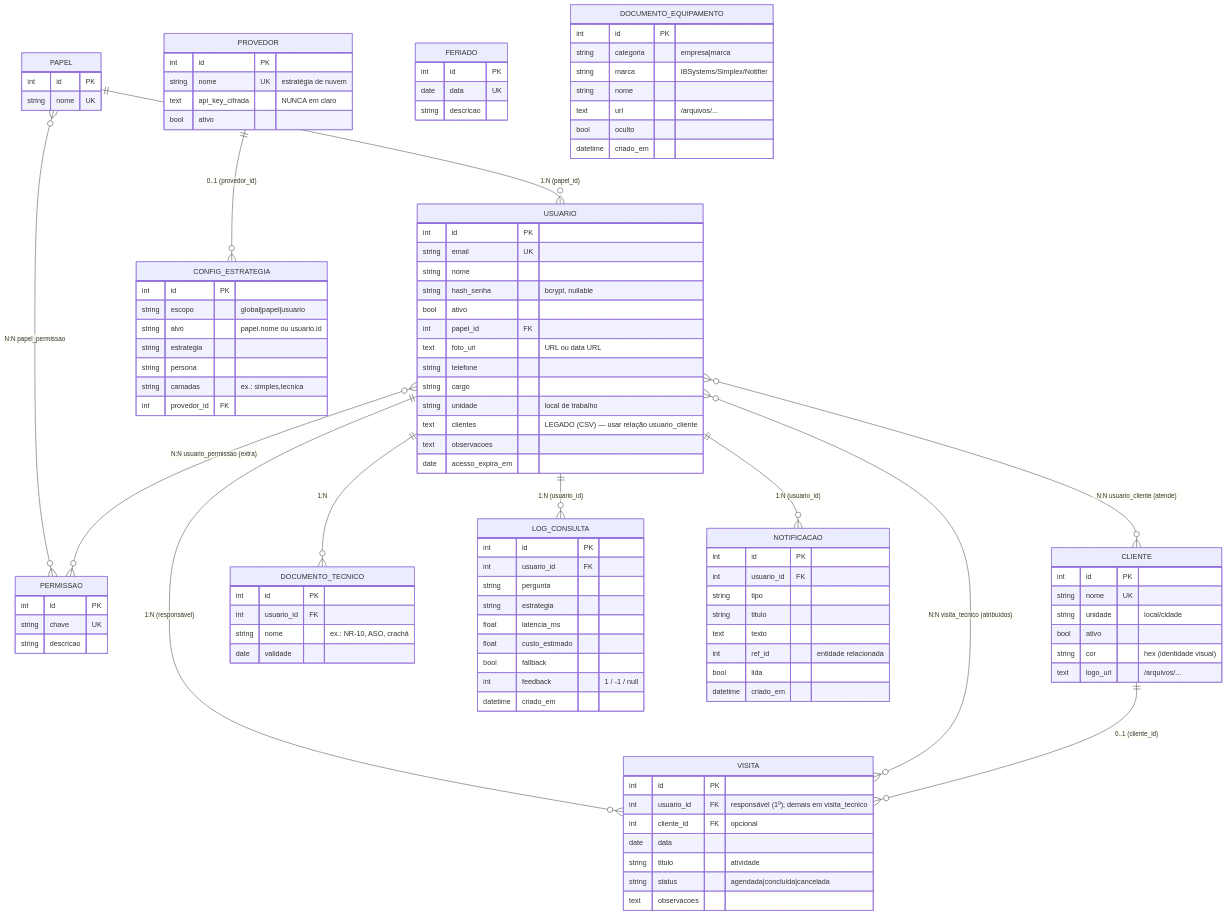
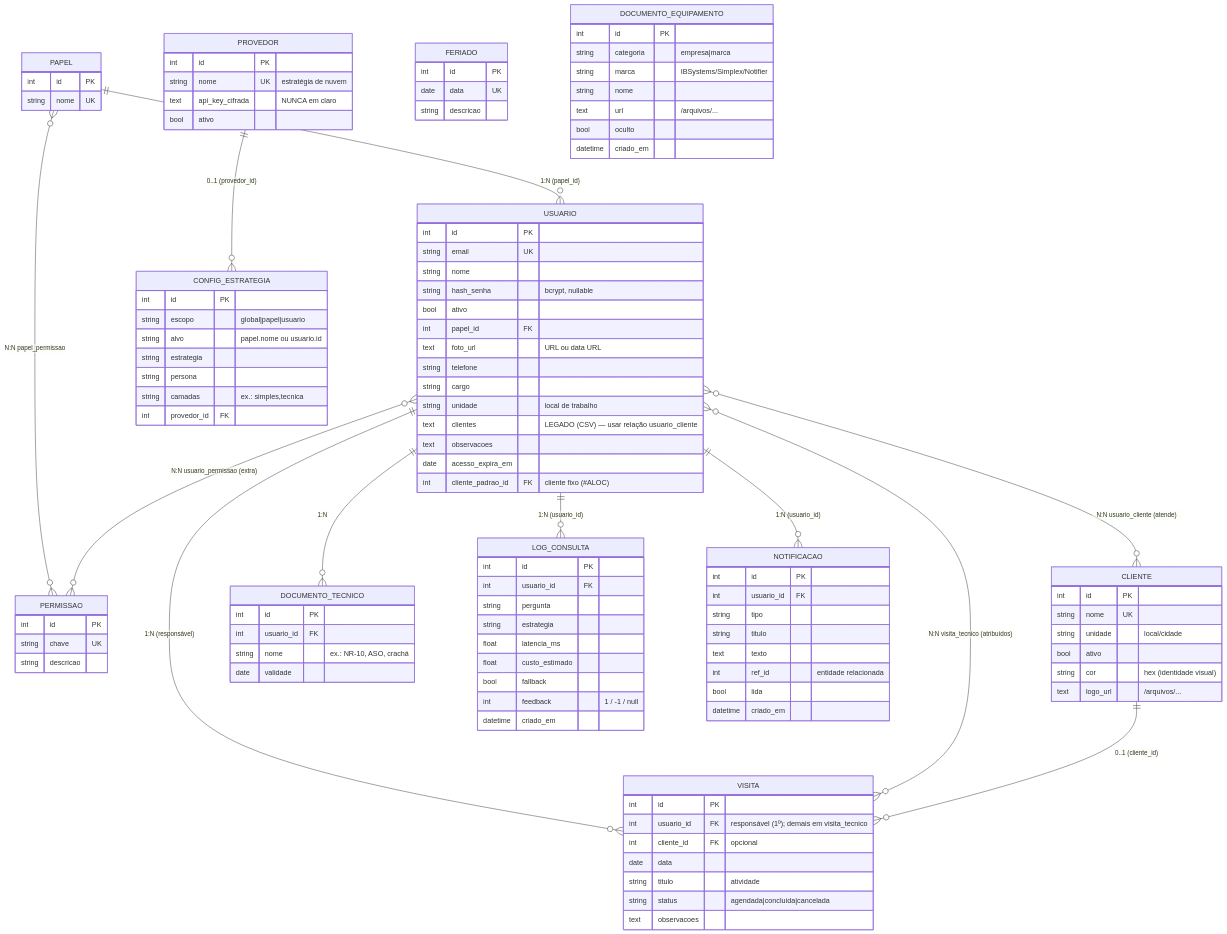
One commit to caiquemiranda/RAG-Simplex changed the diagram in docs/MODELO_DADOS.md. Above: the diagram before and after it, drawn with Mermaid. The commit also changed 11 other files, not shown here.

First line of the commit message:
feat(#ALOC): cliente fixo por técnico (alocação padrão + relocação)

```diff
--- a/docs/MODELO_DADOS.md
+++ b/docs/MODELO_DADOS.md
@@ -44,6 +44,7 @@
     text clientes "LEGADO (CSV) — usar relação usuario_cliente"
     text observacoes
     date acesso_expira_em
+    int cliente_padrao_id FK "cliente fixo (#ALOC)"
   }
   CLIENTE {
     int id PK
```
